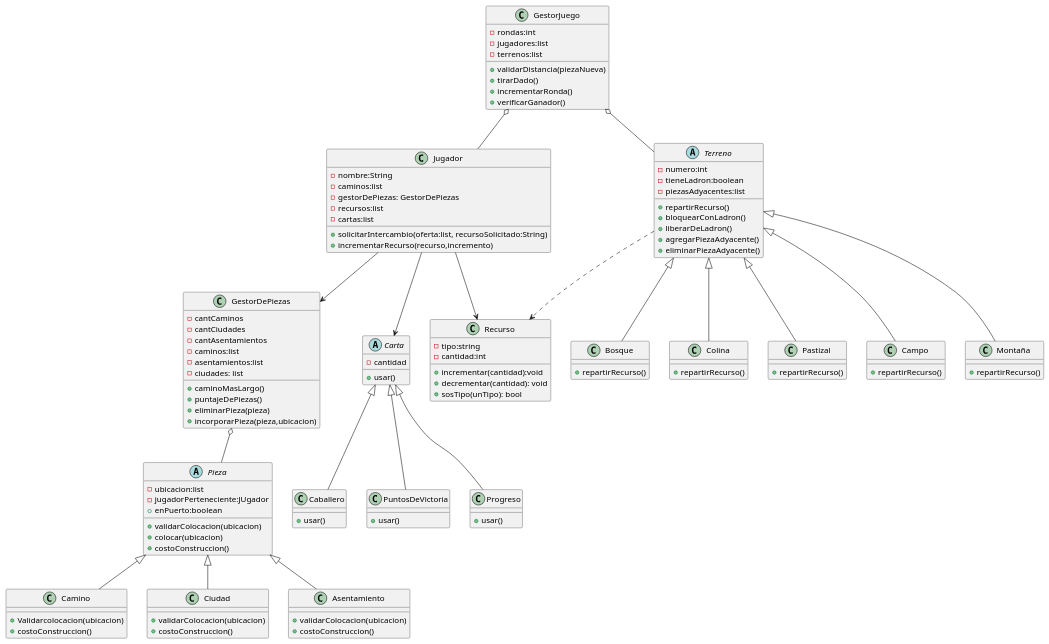
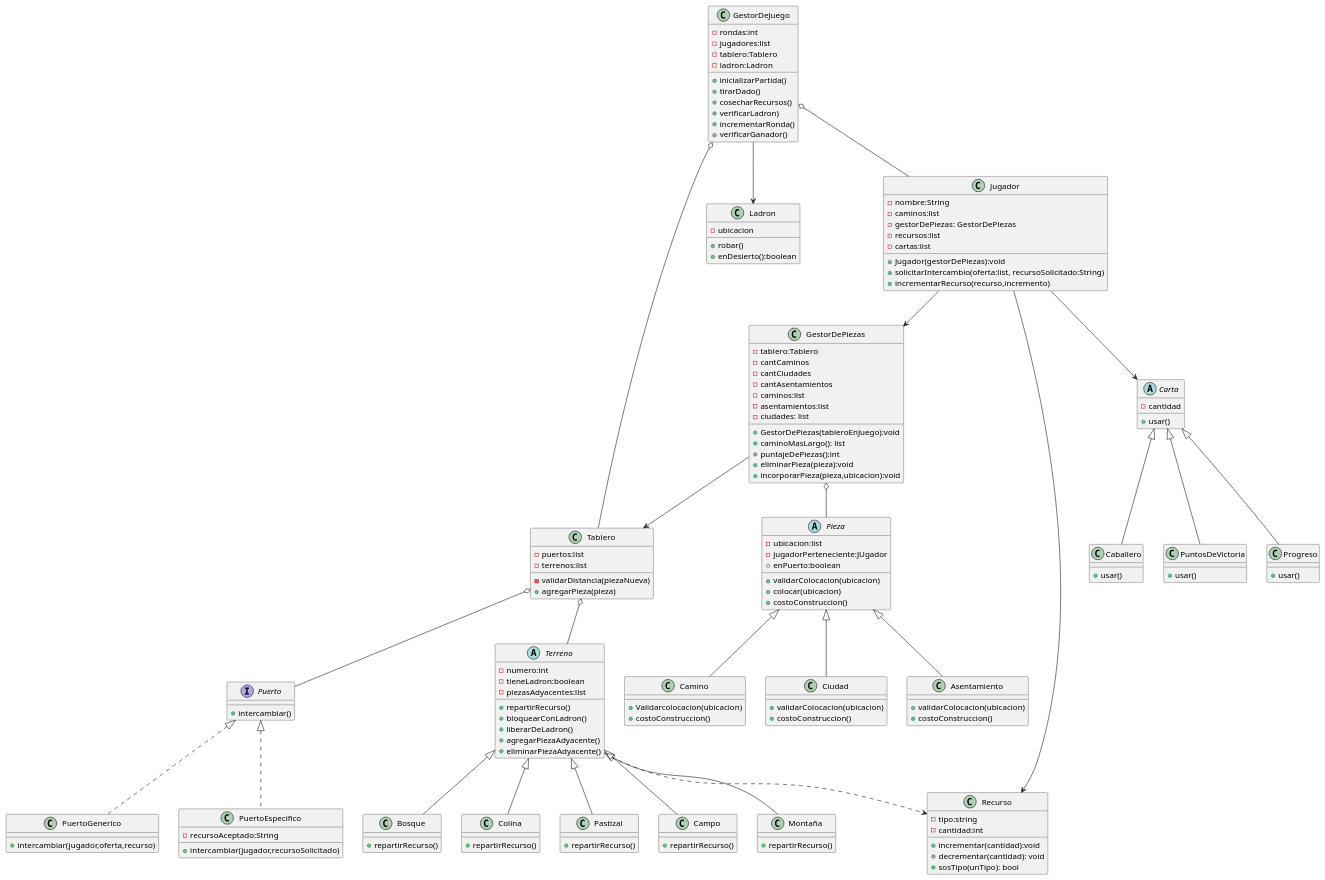
The diagram in diagramas/diagrama_clases.plantuml (Daiana-Aldrey/g02-tp2-2c-2025), drawn with PlantUML before and after one commit.

Commit message:
Diag clase actualizado

```diff
--- a/diagramas/diagrama_clases.plantuml
+++ b/diagramas/diagrama_clases.plantuml
@@ -1,135 +1,172 @@
 @startuml
+class GestorDeJuego{
+-rondas:int
+-jugadores:list
+-tablero:Tablero
+-ladron:Ladron
++inicializarPartida()
++tirarDado()
++cosecharRecursos()
++verificarLadron)
++incrementarRonda()
++verificarGanador()
+}
+
+class Tablero{
+-puertos:list
+-terrenos:list
+-validarDistancia(piezaNueva)
++agregarPieza(pieza)
+}
+
+Interface Puerto{
++intercambiar()
+}
+
+class PuertoGenerico{
++intercambiar(jugador,oferta,recurso)
+}
+
+class PuertoEspecifico{
+-recursoAceptado:String
++intercambiar(jugador,recursoSolicitado)
+}
+
+class Ladron{
+-ubicacion
++robar()
++enDesierto():boolean
+}
+
 class Jugador{
 -nombre:String
 -caminos:list
 -gestorDePiezas: GestorDePiezas
 -recursos:list
 -cartas:list
++Jugador(gestorDePiezas):void
 +solicitarIntercambio(oferta:list, recursoSolicitado:String)
 +incrementarRecurso(recurso,incremento)
 }
 
 class GestorDePiezas{
+-tablero:Tablero
 -cantCaminos
 -cantCiudades
 -cantAsentamientos
 -caminos:list
 -asentamientos:list
 -ciudades: list
-+caminoMasLargo()
-+puntajeDePiezas()
-+eliminarPieza(pieza)
-+incorporarPieza(pieza,ubicacion)
++GestorDePiezas(tableroEnJuego):void
++caminoMasLargo(): list
++puntajeDePiezas():int
++eliminarPieza(pieza):void
++incorporarPieza(pieza,ubicacion):void
 }
 
 Abstract class Pieza{
 -ubicacion:list
 -jugadorPerteneciente:JUgador
 +enPuerto:boolean
 +validarColocacion(ubicacion)
 +colocar(ubicacion)
 +costoConstruccion()
 }
 
 class Camino{
 +Validarcolocacion(ubicacion)
 +costoConstruccion()
 }
 
 class Ciudad{
 +validarColocacion(ubicacion)
 +costoConstruccion()
 }
 
 class Asentamiento{
 +validarColocacion(ubicacion)
 +costoConstruccion()
 }
 
 class Recurso{
 -tipo:string
 -cantidad:int
 +incrementar(cantidad):void
 +decrementar(cantidad): void
 +sosTipo(unTipo): bool
 }
 
 Abstract class Terreno {
 -numero:int
 -tieneLadron:boolean
 -piezasAdyacentes:list
 +repartirRecurso()
 +bloquearConLadron()
 +liberarDeLadron()
 +agregarPiezaAdyacente()
 +eliminarPiezaAdyacente()
 }
 
 class Bosque{
 +repartirRecurso()
 }
 
 class Colina{
 +repartirRecurso()
 }
 
 class Pastizal{
 +repartirRecurso()
 }
 
 class Campo{
 +repartirRecurso()
 }
 
 class Montaña{
 +repartirRecurso()
 }
 
-class GestorJuego{
--rondas:int
--jugadores:list
--terrenos:list
-+validarDistancia(piezaNueva)
-+tirarDado()
-+incrementarRonda()
-+verificarGanador()
-}
-
 
 Abstract class Carta{
 -cantidad
 +usar()
 }
 
 class Caballero{
 +usar()
 }
 
 class PuntosDeVictoria{
 +usar()
 }
 
 class Progreso{
 +usar()
 }
 
 Carta <|-- Caballero
 Carta <|-- PuntosDeVictoria
 Carta <|-- Progreso
-GestorJuego o-- Jugador
-GestorJuego o-- Terreno
+GestorDeJuego o-- Tablero
+GestorDeJuego o-- Jugador
+GestorDeJuego --> Ladron
+Puerto <|.. PuertoEspecifico
+Puerto <|.. PuertoGenerico
+Tablero o-- Puerto
+Tablero o-- Terreno
 Terreno <|-- Bosque
 Terreno <|-- Pastizal
 Terreno <|-- Campo
 Terreno <|-- Montaña
 Terreno <|-- Colina
 Terreno ..> Recurso
 Jugador --> Recurso
 Jugador --> GestorDePiezas
 Jugador --> Carta
+GestorDePiezas --> Tablero
 GestorDePiezas o-- Pieza
 Pieza <|-- Camino
 Pieza <|-- Asentamiento
 Pieza <|-- Ciudad
-
 @enduml
```
